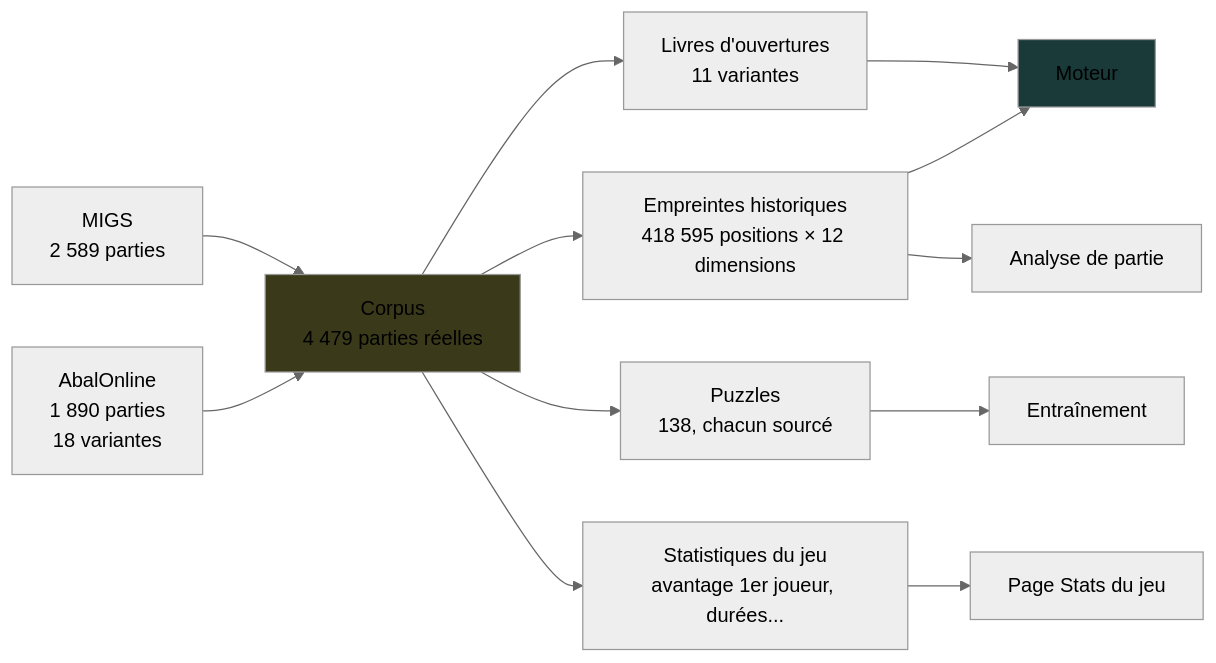
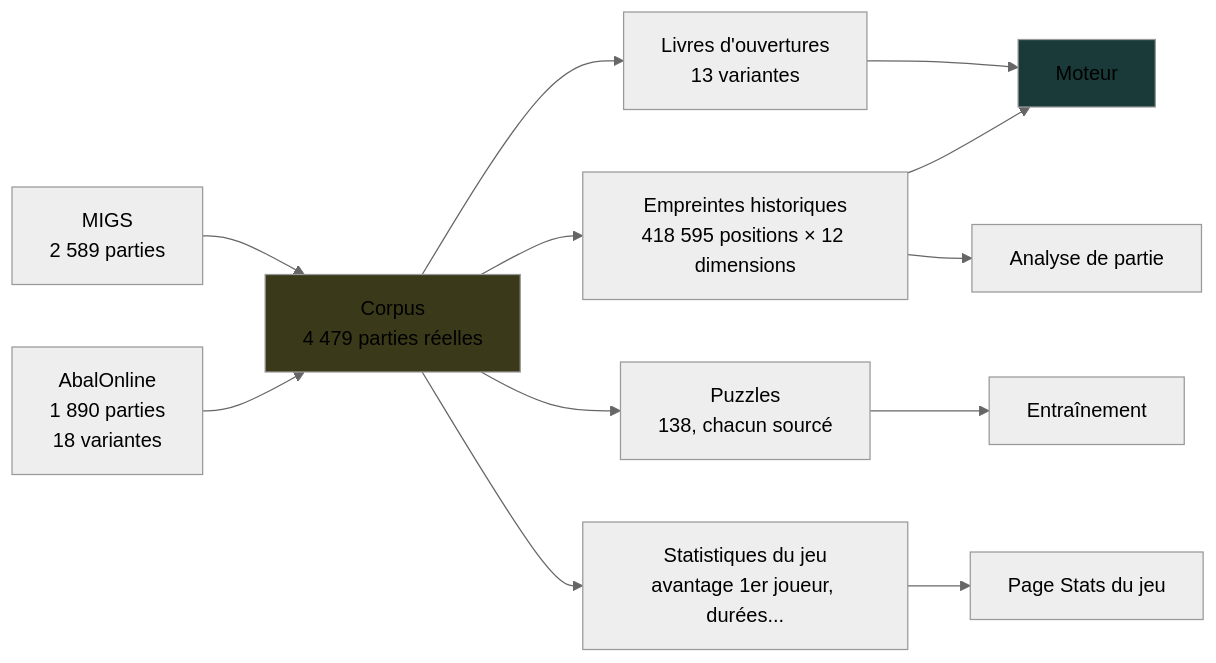
Before and after one commit to ocj94/Abalassembly: the second of 3 diagrams in docs/Architecture.md, drawn with Mermaid (neutral theme). The commit also changed other lines of this file, not shown here.

Commit message:
11 -> 13 variantes (verifie par decompression de TREES_B64, meme correction que index.html). Ajout du lien de partie (?partie=) au diagramme des echanges. Mention du trainer 'Finale prouvee' pour les tablebases. Marqueur de version v2.39 -> v2.45 (APP_VERSION reelle).

````diff
--- a/docs/Architecture.md
+++ b/docs/Architecture.md
@@ -50,19 +50,19 @@
 ```mermaid
 flowchart LR
     S1[MIGS<br/>2 589 parties] --> C[Corpus<br/>4 479 parties réelles]
     S2[AbalOnline<br/>1 890 parties<br/>18 variantes] --> C
 
-    C --> O[Livres d'ouvertures<br/>11 variantes]
+    C --> O[Livres d'ouvertures<br/>13 variantes]
     C --> E[Empreintes historiques<br/>418 595 positions × 12 dimensions]
     C --> P[Puzzles<br/>138, chacun sourcé]
     C --> ST[Statistiques du jeu<br/>avantage 1er joueur, durées...]
 
     O --> AI[Moteur]
     E --> AN[Analyse de partie]
     E --> AI
     P --> EN[Entraînement]
     ST --> W[Page Stats du jeu]
 
     style C fill:#3a3a1a
     style AI fill:#1a3a3a
 ```
````
